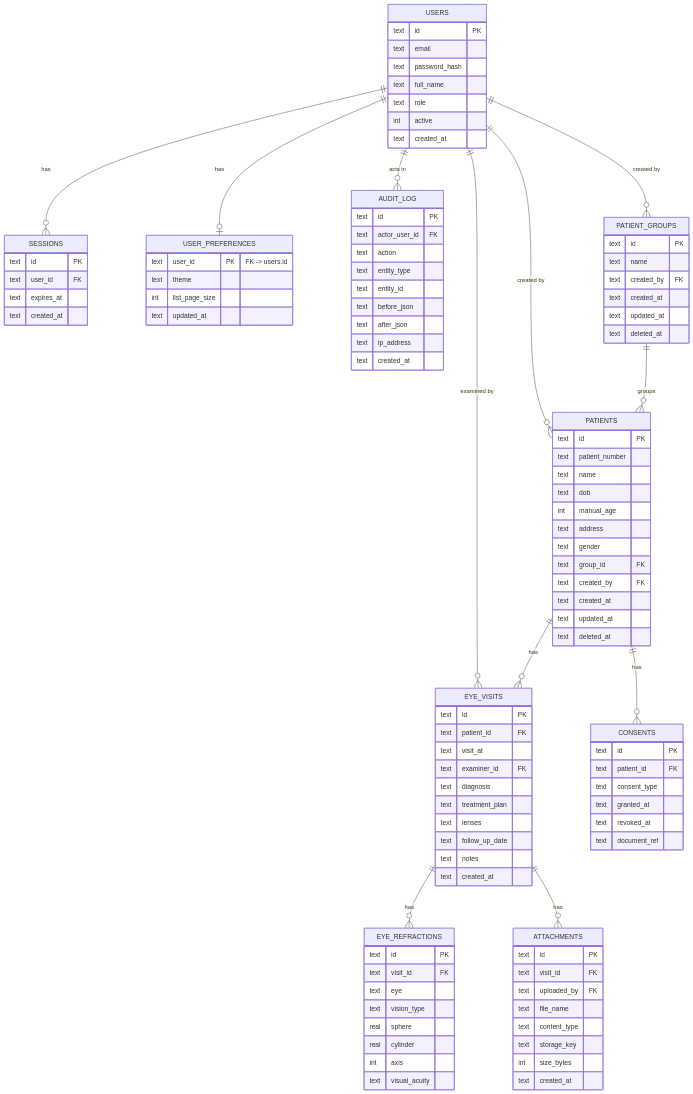
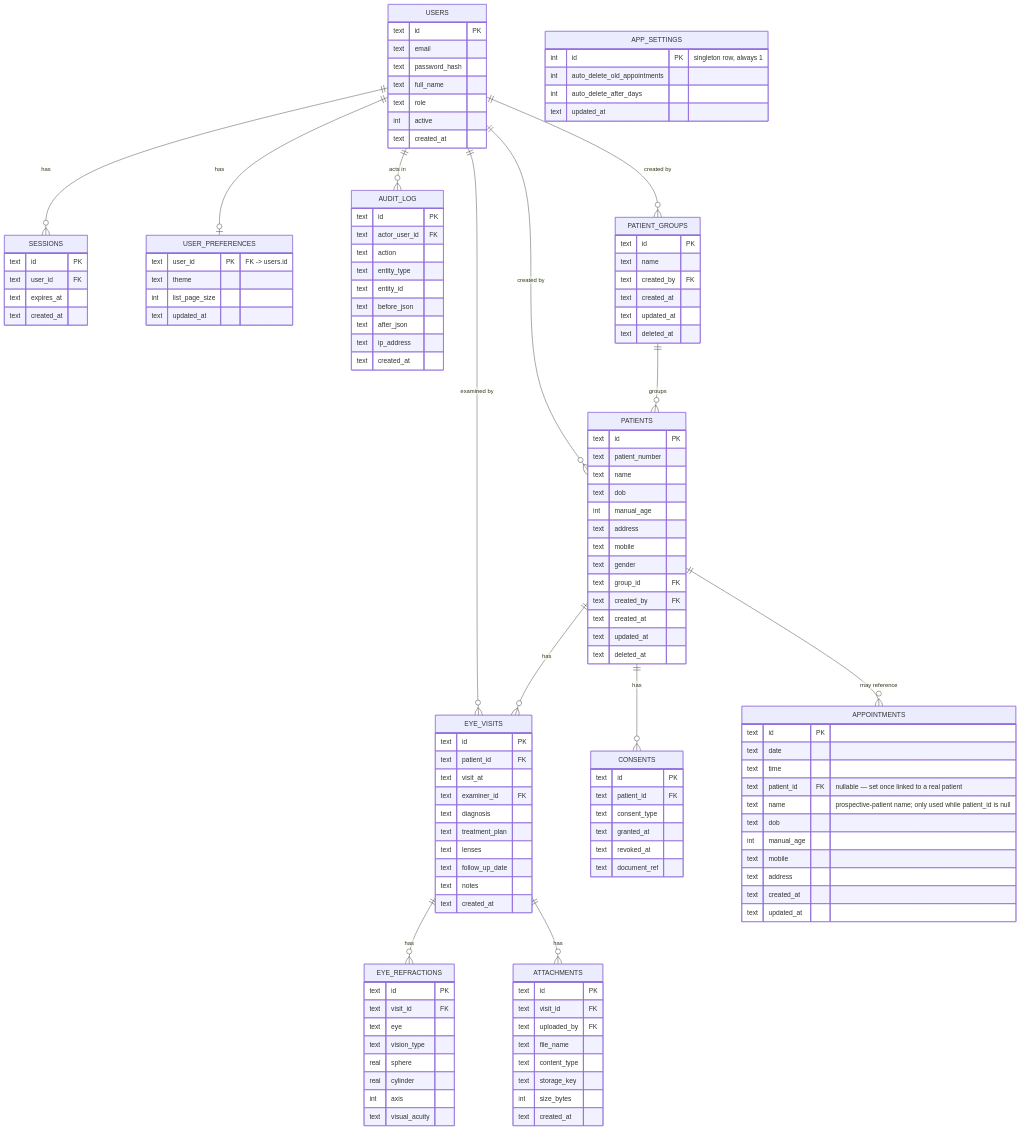
Before and after one commit to hashwani19/Testhash: the second of 2 diagrams in docs/design.md, drawn with Mermaid. The commit also changed other lines of this file and 16 other files, not shown here.

````diff
--- a/docs/design.md
+++ b/docs/design.md
@@ -131,6 +140,7 @@
     PATIENT_GROUPS ||--o{ PATIENTS : groups
     PATIENTS ||--o{ EYE_VISITS : has
     PATIENTS ||--o{ CONSENTS : has
+    PATIENTS ||--o{ APPOINTMENTS : "may reference"
     EYE_VISITS ||--o{ EYE_REFRACTIONS : has
     EYE_VISITS ||--o{ ATTACHMENTS : has
 
@@ -158,6 +168,7 @@
         text dob
         int manual_age
         text address
+        text mobile
         text gender
         text group_id FK
         text created_by FK
@@ -228,4 +239,23 @@
         int list_page_size
         text updated_at
     }
+    APPOINTMENTS {
+        text id PK
+        text date
+        text time
+        text patient_id FK "nullable — set once linked to a real patient"
+        text name "prospective-patient name; only used while patient_id is null"
+        text dob
+        int manual_age
+        text mobile
+        text address
+        text created_at
+        text updated_at
+    }
+    APP_SETTINGS {
+        int id PK "singleton row, always 1"
+        int auto_delete_old_appointments
+        int auto_delete_after_days
+        text updated_at
+    }
 ```
````
